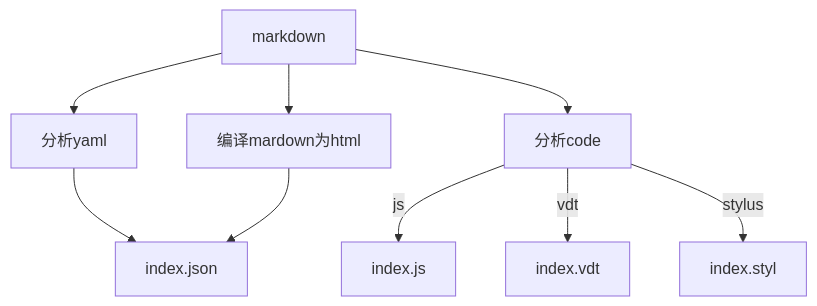
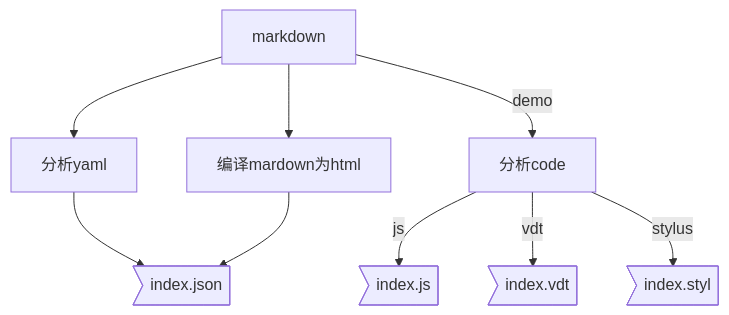
The second of 2 diagrams in docs/blogs/design.md (Manlilili123x3m2c/k2jfm), drawn with Mermaid before and after one commit. The commit also changed other lines of this file and 1 other file, not shown here.

```diff
--- a/docs/blogs/design.md
+++ b/docs/blogs/design.md
@@ -304,12 +313,12 @@
 <div class="mermaid">
 graph TB
     A[markdown]
     A --> B[分析yaml]
-    A --> C[分析code]
-    C -- js --> D[index.js]
-    C -- vdt --> E[index.vdt]
-    C -- stylus --> F[index.styl]
+    A -- demo --> C[分析code]
+    C -- js --> D>index.js]
+    C -- vdt --> E>index.vdt]
+    C -- stylus --> F>index.styl]
     A --> G[编译mardown为html]
-    B --> H[index.json]
+    B --> H>index.json]
     G --> H 
 </div>
```
